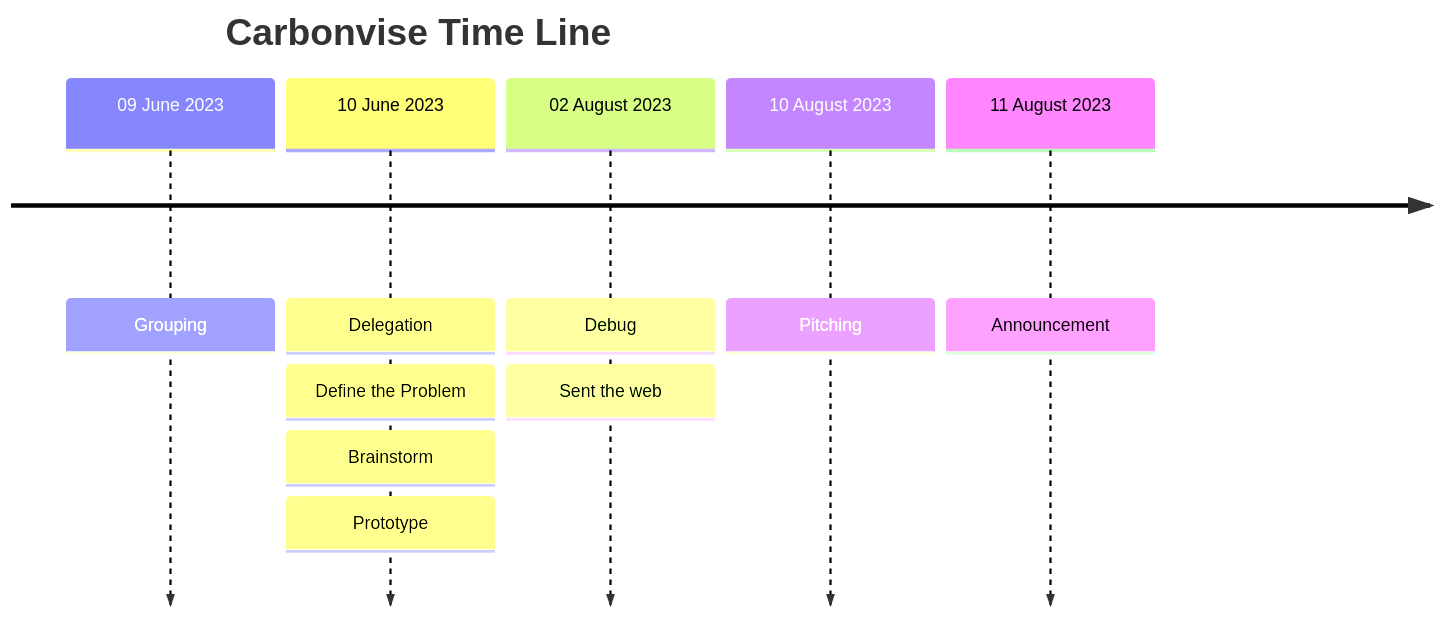
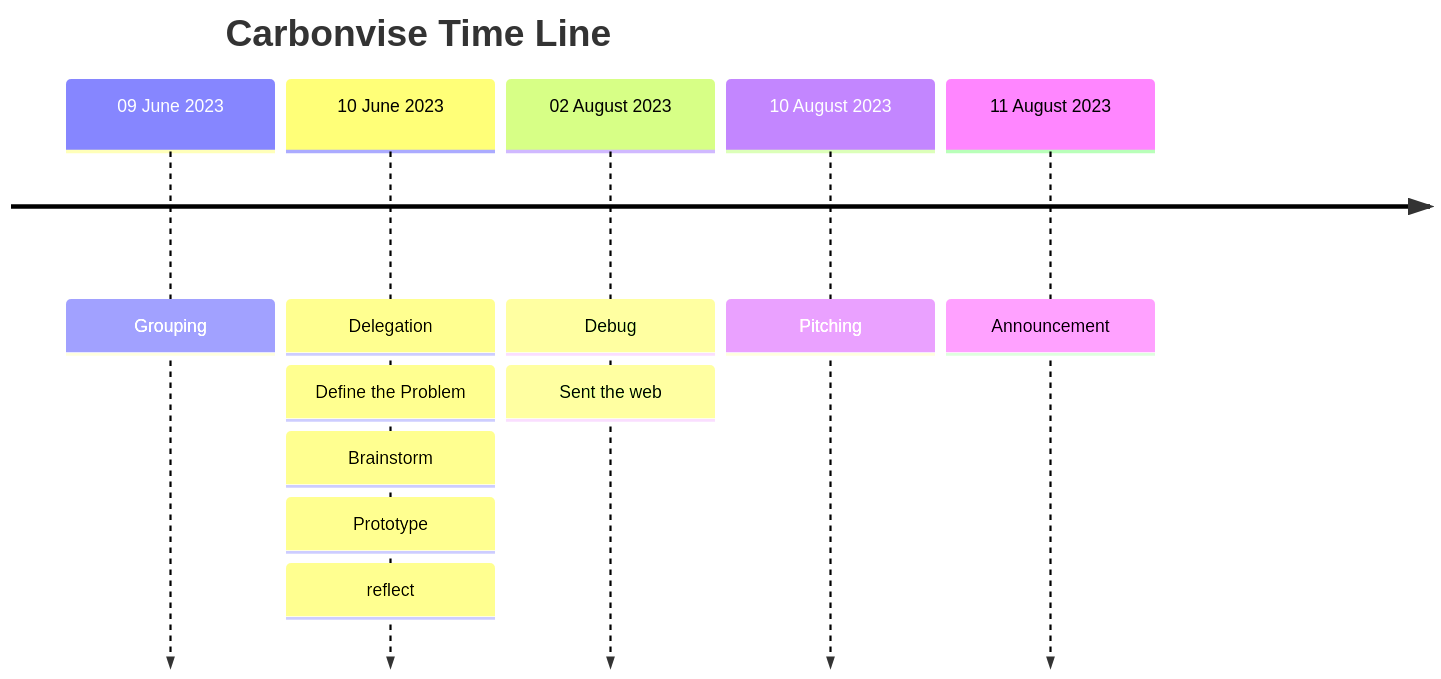
The diagram in README.md (Gannub/Carbonvise-CEP-contest-2023), drawn with Mermaid before and after one commit.

Commit message:
add some timeline

````diff
--- a/README.md
+++ b/README.md
@@ -9,13 +9,14 @@
 ```mermaid
 timeline
     title Carbonvise Time Line
     09 June 2023 : Grouping
     10 June 2023 : Delegation
         : Define the Problem
         : Brainstorm
         : Prototype
+        : reflect
     02 August 2023 : Debug
         : Sent the web
     10 August 2023 : Pitching
     11 August 2023 : Announcement
 ```
````
